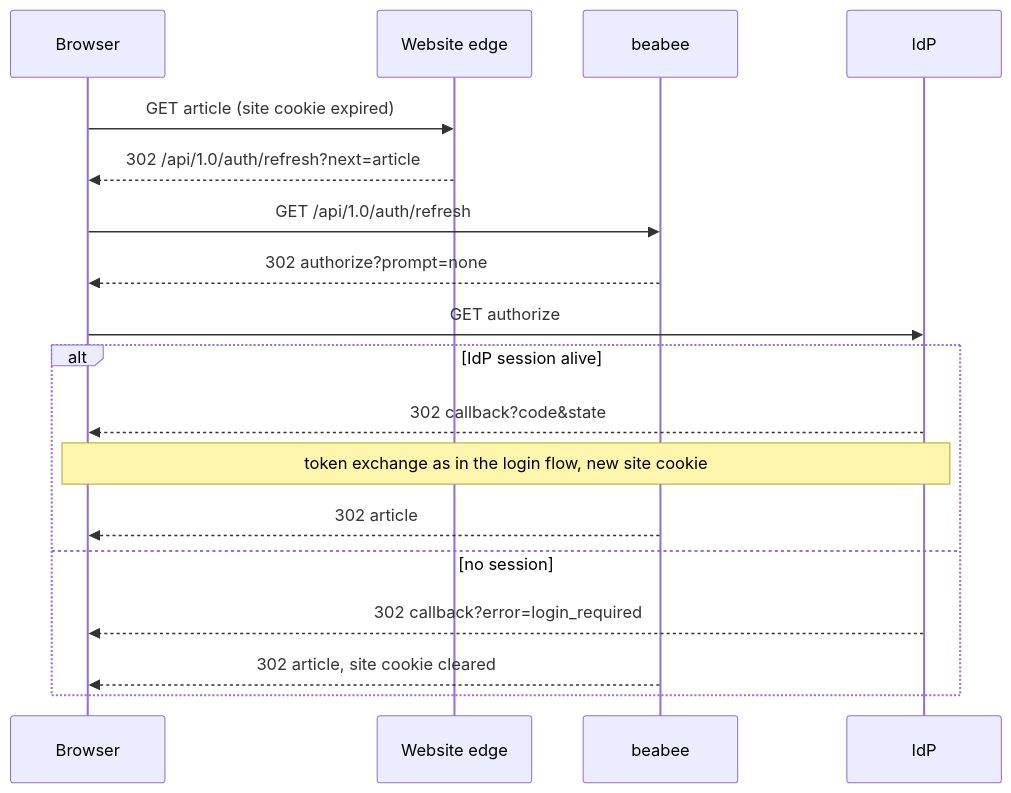
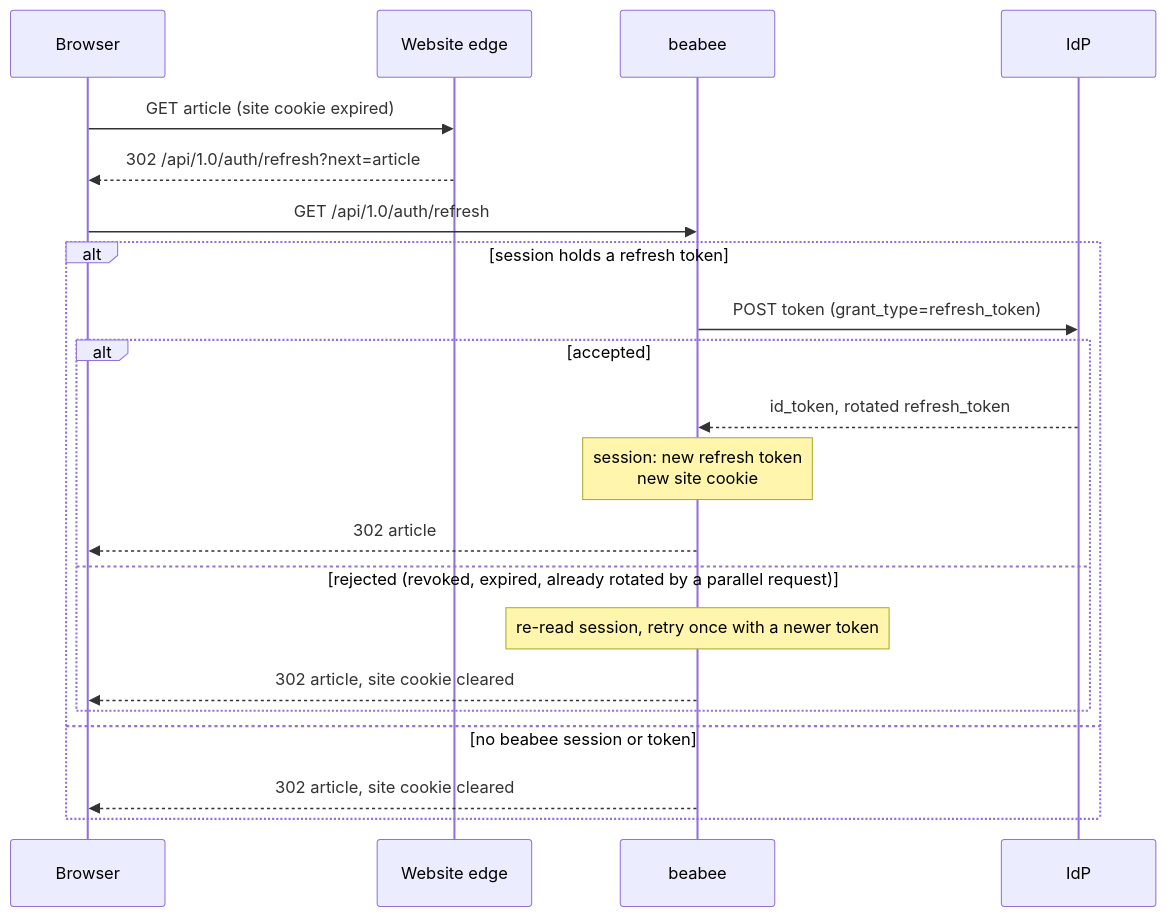
The fifth of 5 diagrams in docs/oidc-login/README.md (beabee-communityrm/monorepo), drawn with Mermaid before and after one commit. The commit also changed other lines of this file and 9 other files, not shown here.

First line of the commit message:
feat(auth): renew the website login with a refresh token

````diff
--- a/docs/oidc-login/README.md
+++ b/docs/oidc-login/README.md
@@ -212,21 +219,24 @@
 ```mermaid
 sequenceDiagram
     participant B as Browser
     participant W as Website edge
     participant BE as beabee
     participant IdP
 
     B->>W: GET article (site cookie expired)
     W-->>B: 302 /api/1.0/auth/refresh?next=article
     B->>BE: GET /api/1.0/auth/refresh
-    BE-->>B: 302 authorize?prompt=none
-    B->>IdP: GET authorize
-    alt IdP session alive
-        IdP-->>B: 302 callback?code&state
-        Note over B,IdP: token exchange as in the login flow, new site cookie
-        BE-->>B: 302 article
-    else no session
-        IdP-->>B: 302 callback?error=login_required
+    alt session holds a refresh token
+        BE->>IdP: POST token (grant_type=refresh_token)
+        alt accepted
+            IdP-->>BE: id_token, rotated refresh_token
+            Note over BE: session: new refresh token<br/>new site cookie
+            BE-->>B: 302 article
+        else rejected (revoked, expired, already rotated by a parallel request)
+            Note over BE: re-read session, retry once with a newer token
+            BE-->>B: 302 article, site cookie cleared
+        end
+    else no beabee session or token
         BE-->>B: 302 article, site cookie cleared
     end
 ```
````
